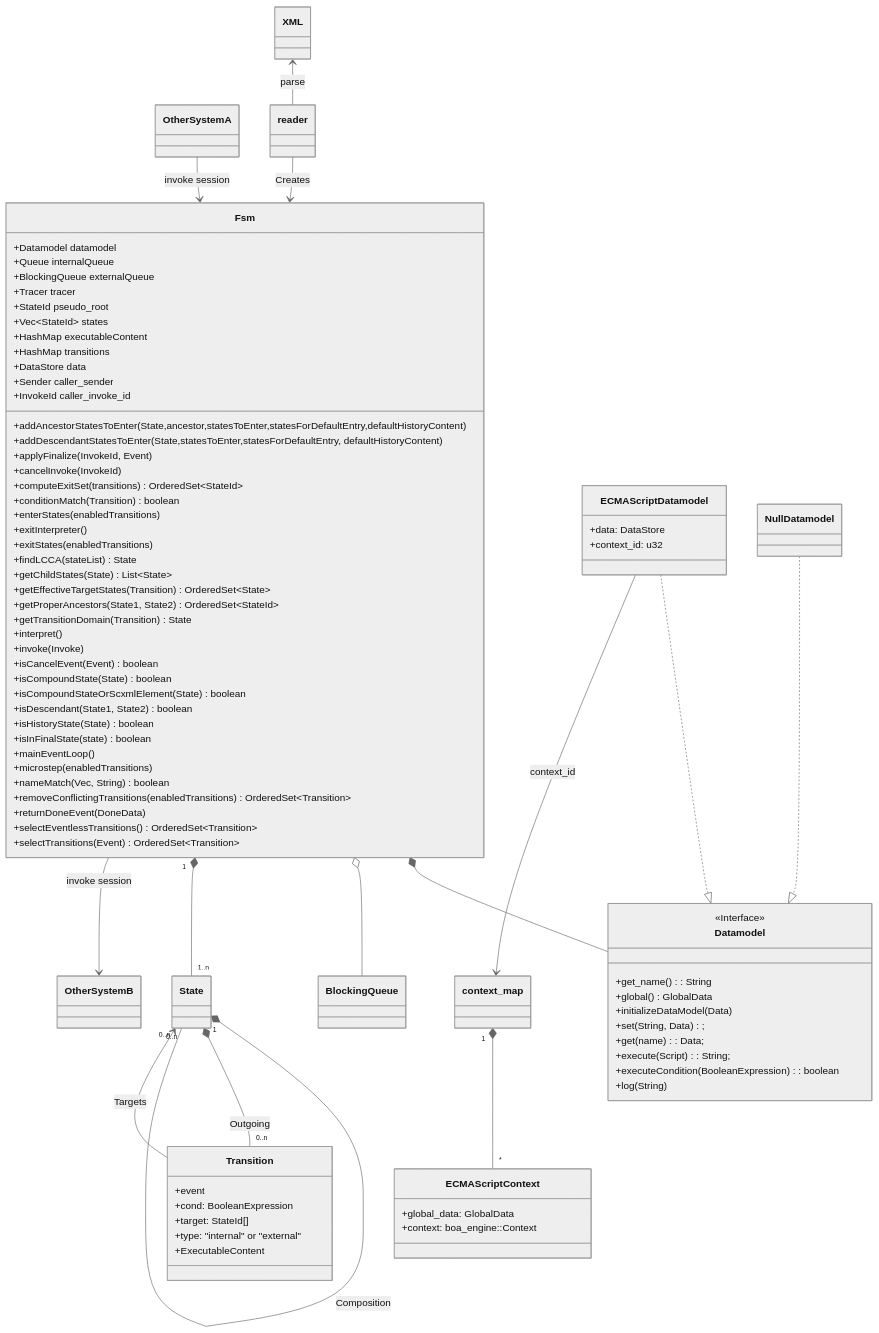
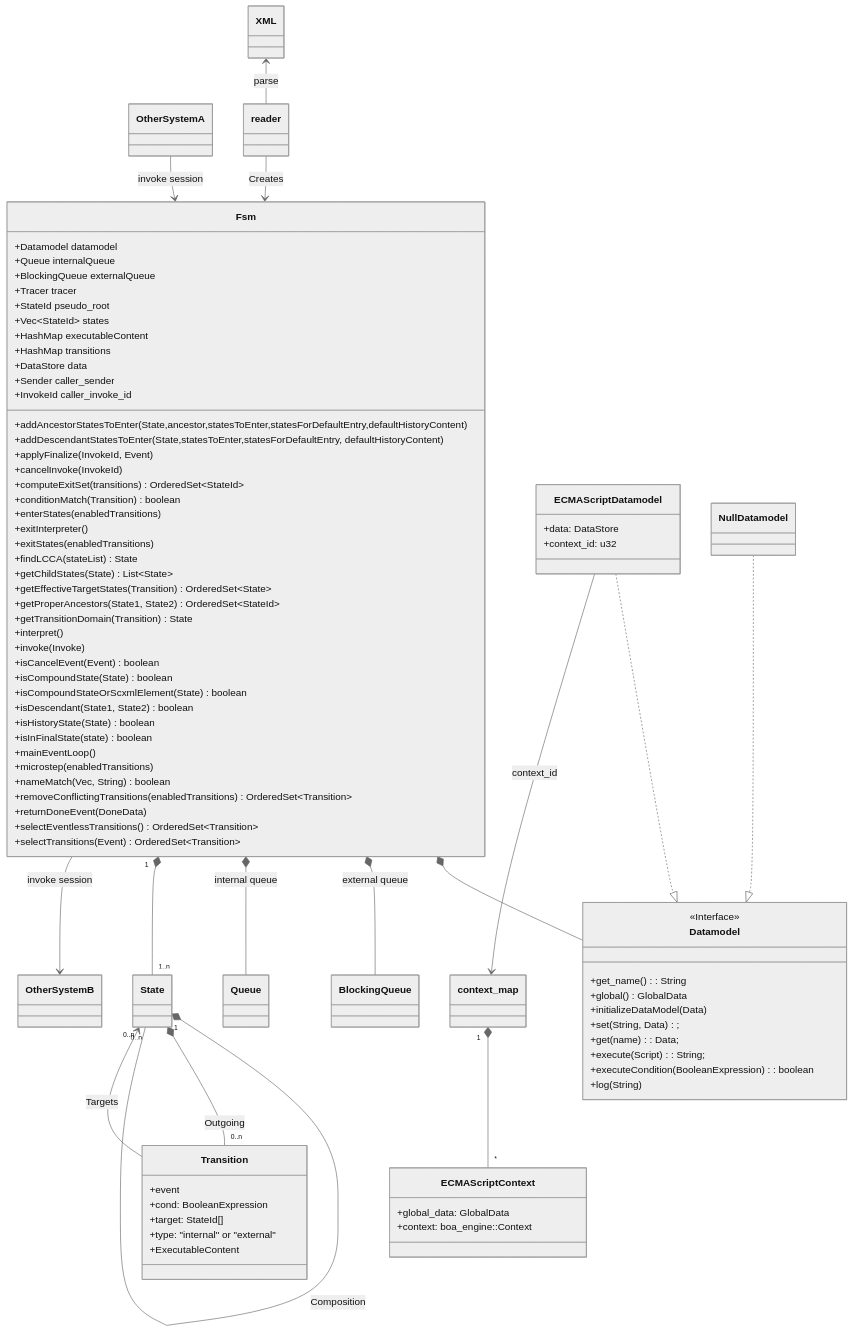
Before and after one commit to BWeng20/ruFSM: the diagram in README.md, drawn with Mermaid (neutral theme). The commit also changed 8 other files, not shown here.

````diff
--- a/README.md
+++ b/README.md
@@ -23,7 +23,8 @@
 ```mermaid
 classDiagram
     Fsm *-- Datamodel
-    Fsm o-- BlockingQueue
+    Fsm *-- BlockingQueue: external queue
+    Fsm *-- Queue: internal queue
 
     class Fsm{
       +Datamodel datamodel
````
